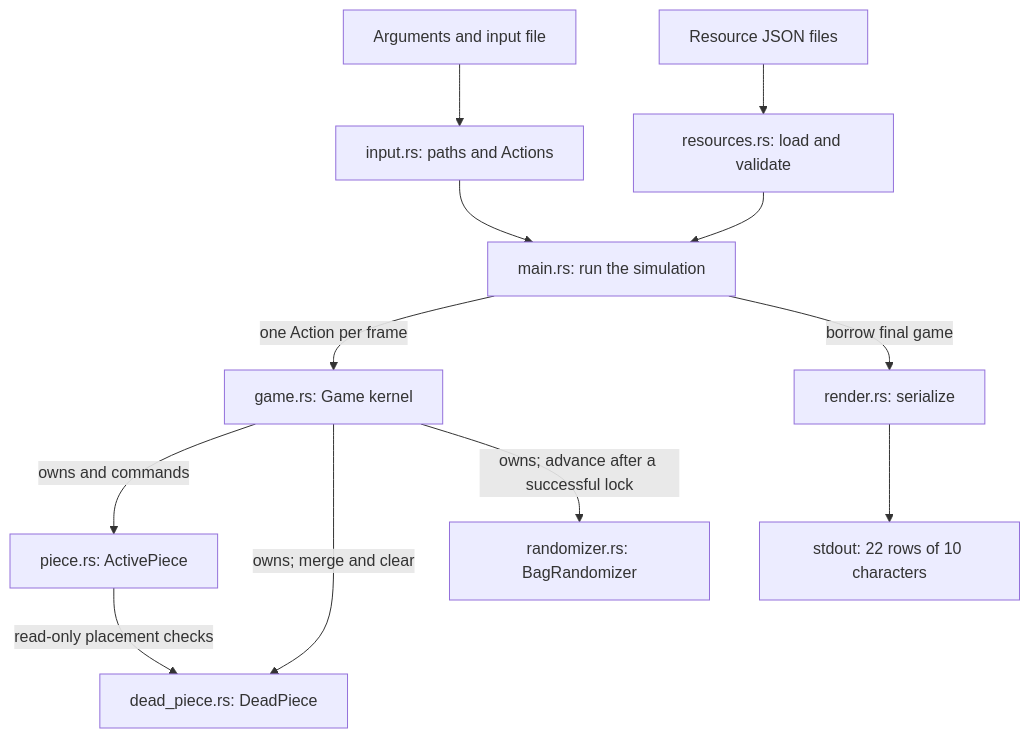
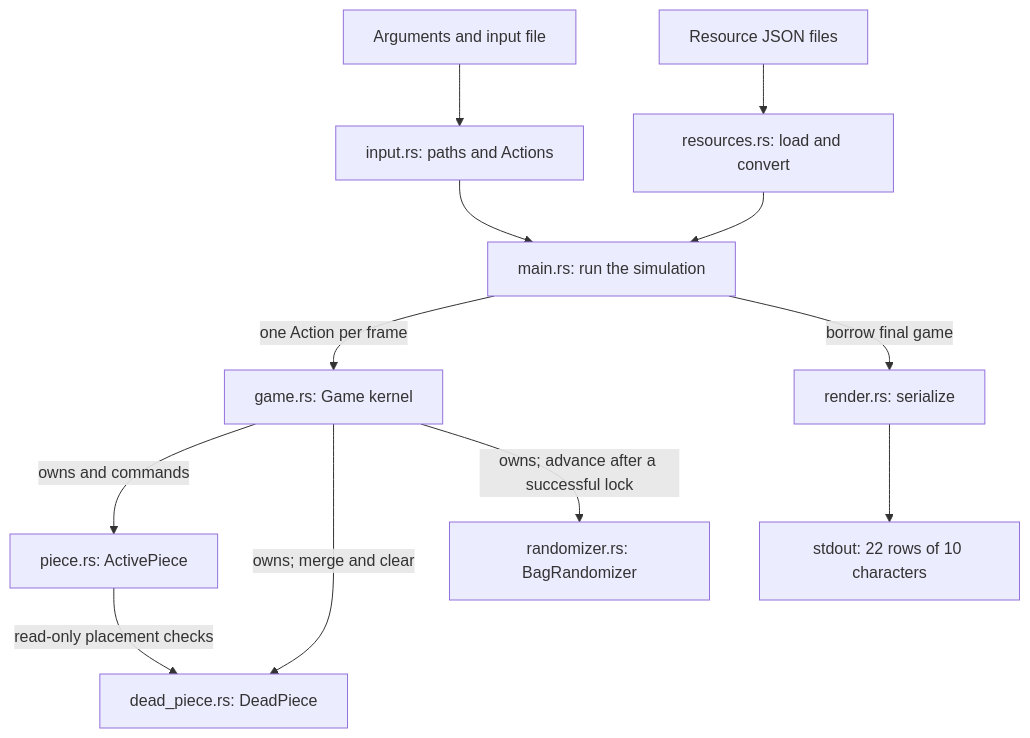
One commit to leo-Zhizhu/Tetris-Rust changed the first of 3 diagrams in PART1_DESIGN.md. Above: the diagram before and after it, drawn with Mermaid. The commit also changed other lines of this file and 10 other files, not shown here.

````diff
--- a/PART1_DESIGN.md
+++ b/PART1_DESIGN.md
@@ -50,14 +50,14 @@
 ```mermaid
 flowchart TD
     Files["Arguments and input file"] --> Input["input.rs: paths and Actions"]
     Input --> Main["main.rs: run the simulation"]
-    JSON["Resource JSON files"] --> Loader["resources.rs: load and validate"]
+    JSON["Resource JSON files"] --> Loader["resources.rs: load and convert"]
     Loader --> Main
     Main -->|"one Action per frame"| Kernel["game.rs: Game kernel"]
     Kernel -->|"owns and commands"| Active["piece.rs: ActivePiece"]
     Kernel -->|"owns; merge and clear"| Dead["dead_piece.rs: DeadPiece"]
     Kernel -->|"owns; advance after a successful lock"| Bag["randomizer.rs: BagRandomizer"]
     Active -->|"read-only placement checks"| Dead
     Main -->|"borrow final game"| Render["render.rs: serialize"]
     Render --> Output["stdout: 22 rows of 10 characters"]
 ```
````
